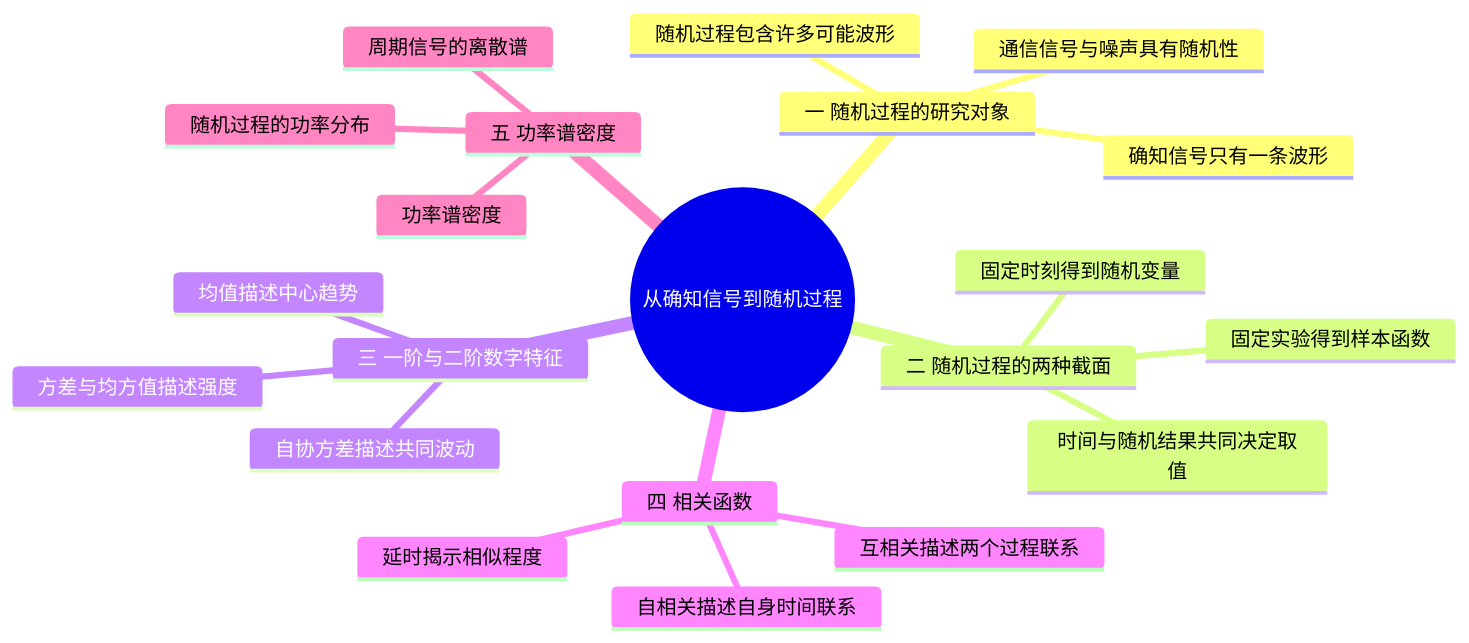
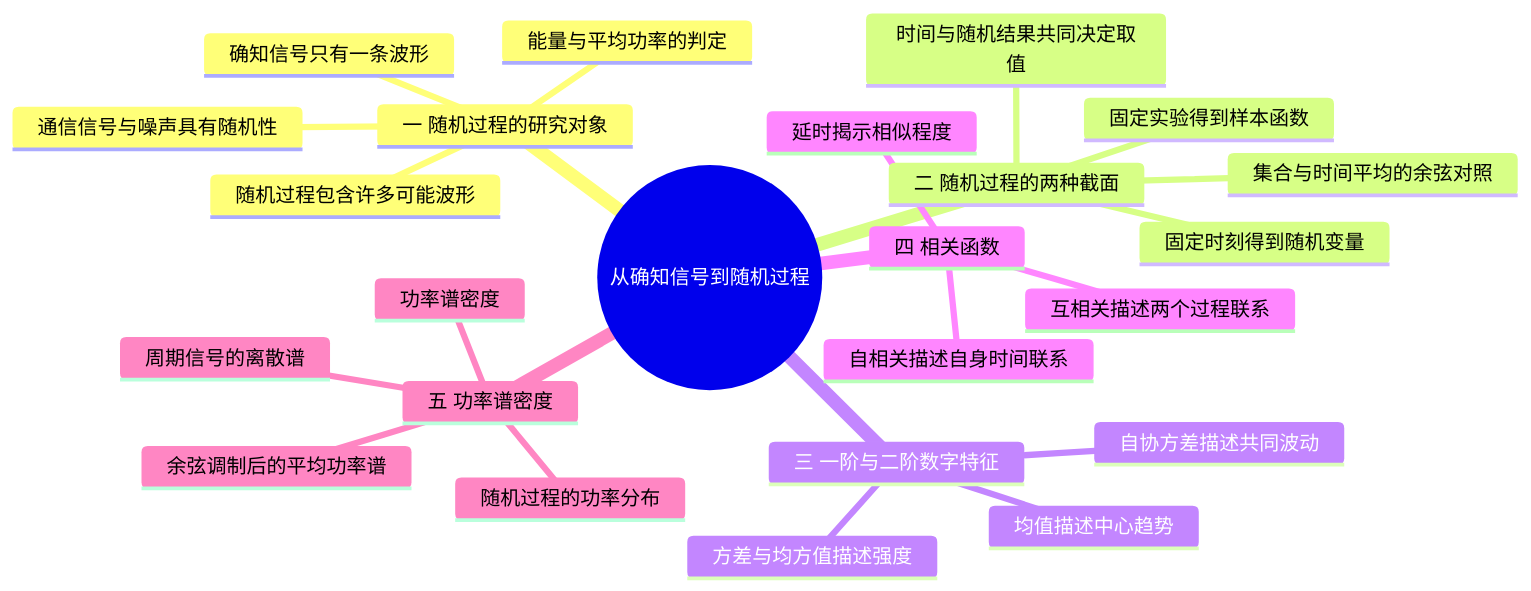
Before and after one commit to 3280441136-lab/My_Obsidian_Notes: the diagram in 学习/学校课程/通信原理（3学分）/第2章 05 第5课 从确知信号到随机过程.md, drawn with Mermaid. The commit also changed other lines of this file and 177 other files, not shown here.

````diff
--- a/学习/学校课程/通信原理（3学分）/第2章 05 第5课 从确知信号到随机过程.md
+++ b/学习/学校课程/通信原理（3学分）/第2章 05 第5课 从确知信号到随机过程.md
@@ -5,24 +5,27 @@
 ```mermaid
 mindmap
   root((从确知信号到随机过程))
     一 随机过程的研究对象
       确知信号只有一条波形
       随机过程包含许多可能波形
       通信信号与噪声具有随机性
+      能量与平均功率的判定
     二 随机过程的两种截面
       固定实验得到样本函数
       固定时刻得到随机变量
       时间与随机结果共同决定取值
+      集合与时间平均的余弦对照
     三 一阶与二阶数字特征
       均值描述中心趋势
       方差与均方值描述强度
       自协方差描述共同波动
     四 相关函数
       自相关描述自身时间联系
       互相关描述两个过程联系
       延时揭示相似程度
     五 功率谱密度
       功率谱密度
       周期信号的离散谱
       随机过程的功率分布
+      余弦调制后的平均功率谱
 ```
````
